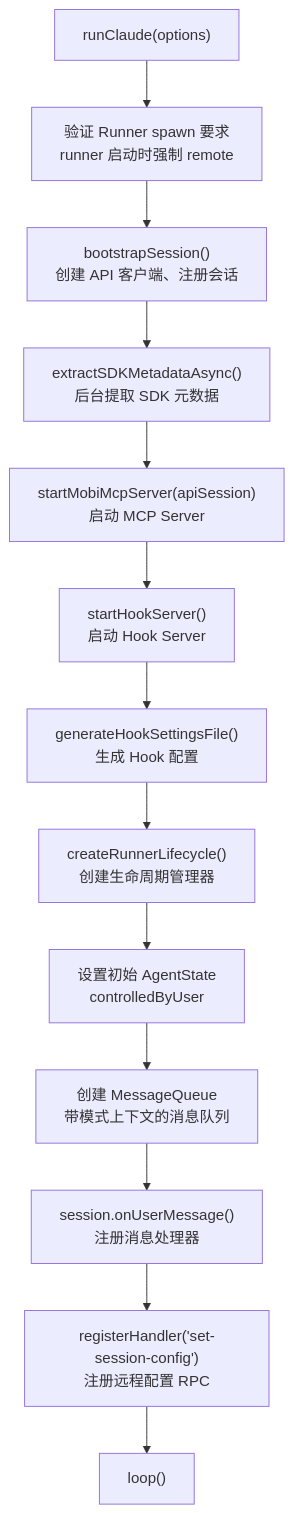
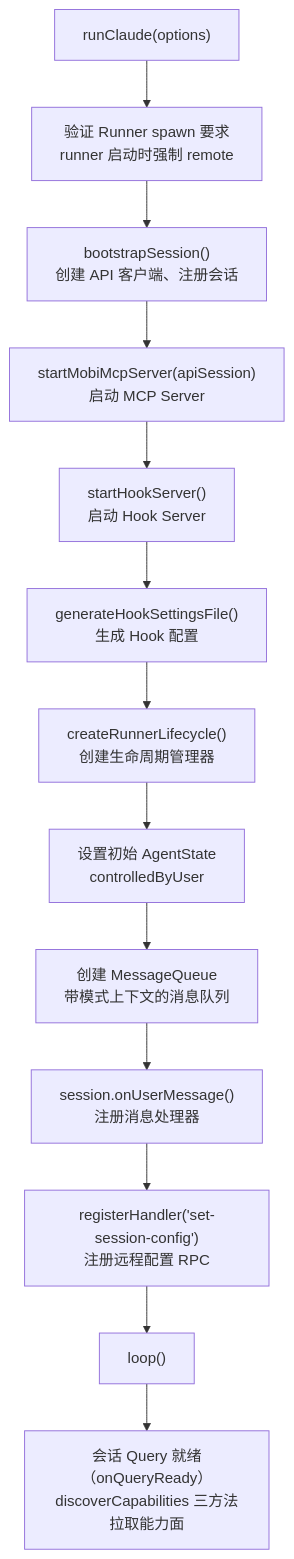
Before and after one commit to ModuBit/mobi: the third of 7 diagrams in docs/architecture/cli/commands/claude/README.md, drawn with Mermaid. The commit also changed other lines of this file, not shown here.

Commit message:
docs(cli): 架构文档同步能力发现新链路（批次 G U-27）

````diff
--- a/docs/architecture/cli/commands/claude/README.md
+++ b/docs/architecture/cli/commands/claude/README.md
@@ -164,15 +164,15 @@
 ```mermaid
 flowchart TB
     Start["runClaude(options)"] --> Validate["验证 Runner spawn 要求<br/>runner 启动时强制 remote"]
     Validate --> Bootstrap["bootstrapSession()<br/>创建 API 客户端、注册会话"]
-    Bootstrap --> SDK["extractSDKMetadataAsync()<br/>后台提取 SDK 元数据"]
-    SDK --> MCP["startMobiMcpServer(apiSession)<br/>启动 MCP Server"]
+    Bootstrap --> MCP["startMobiMcpServer(apiSession)<br/>启动 MCP Server"]
     MCP --> Hook["startHookServer()<br/>启动 Hook Server"]
     Hook --> Settings["generateHookSettingsFile()<br/>生成 Hook 配置"]
     Settings --> Lifecycle["createRunnerLifecycle()<br/>创建生命周期管理器"]
     Lifecycle --> State["设置初始 AgentState<br/>controlledByUser"]
     State --> Queue["创建 MessageQueue<br/>带模式上下文的消息队列"]
     Queue --> UserMsg["session.onUserMessage()<br/>注册消息处理器"]
     UserMsg --> RPC["registerHandler('set-session-config')<br/>注册远程配置 RPC"]
     RPC --> Loop["loop()"]
+    Loop --> Caps["会话 Query 就绪（onQueryReady）<br/>discoverCapabilities 三方法拉取能力面"]
 ```
````
